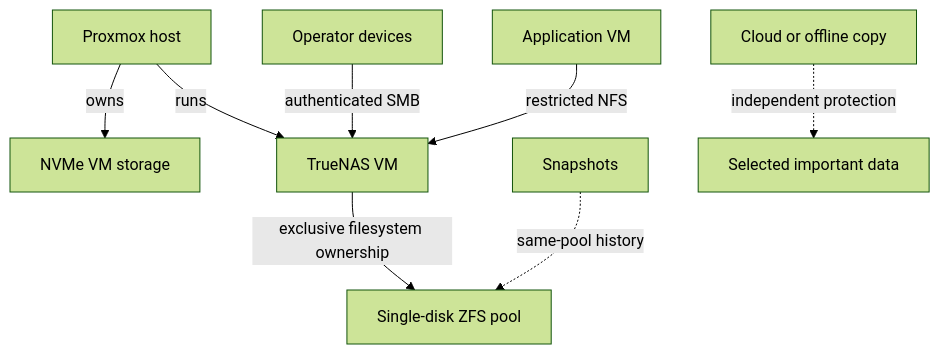
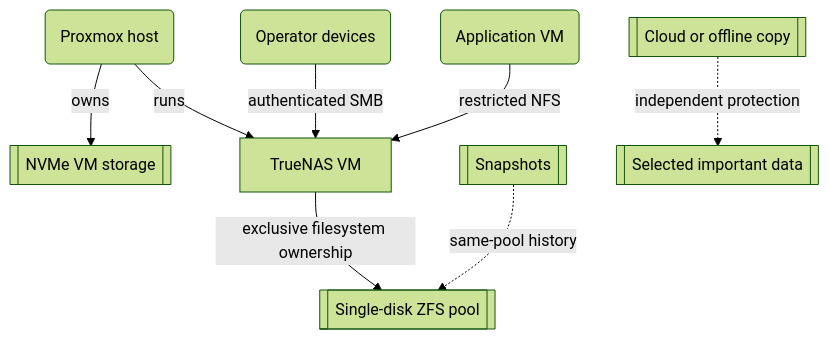
One commit to jnanic/jnanic.github.io changed the first of 3 diagrams in site/content/blog/building-my-homelab-part4.md. Above: the diagram before and after it, drawn with Mermaid (forest theme). The commit also changed other lines of this file and 3 other files, not shown here.

Commit message:
updated mermaind diagrams on rest of the blogs.

````diff
--- a/site/content/blog/building-my-homelab-part4.md
+++ b/site/content/blog/building-my-homelab-part4.md
@@ -38,15 +38,27 @@
 ```mermaid size=standard caption="Storage ownership and access boundaries"
 flowchart TB
     accTitle: Storage ownership and access boundaries
     accDescr: Proxmox owns NVMe virtual machine storage and runs TrueNAS. TrueNAS exclusively owns the single-disk ZFS pool, serves authenticated SMB to operator devices and restricted NFS to applications, while snapshots remain on the pool and independent backups protect selected data.
 
-    PVE["Proxmox host"] -->|"owns"| NVME["NVMe VM storage"]
-    PVE -->|"runs"| TN["TrueNAS VM"]
-    TN -->|"exclusive filesystem ownership"| ZFS["Single-disk ZFS pool"]
+    PVE("Proxmox host")
+    NVME[["NVMe VM storage"]]
+    TN["TrueNAS VM"]
+    ZFS[["Single-disk ZFS pool"]]
+    OP("Operator devices")
+    APP("Application VM")
+    SNAP[["Snapshots"]]
+    BACKUP[["Cloud or offline copy"]]
+    IMPORTANT[["Selected important data"]]
 
-    OP["Operator devices"] -->|"authenticated SMB"| TN
-    APP["Application VM"] -->|"restricted NFS"| TN
+    PVE -->|"owns"| NVME
+    PVE -->|"runs"| TN
+    TN -->|"exclusive filesystem ownership"| ZFS
+    OP -->|"authenticated SMB"| TN
+    APP -->|"restricted NFS"| TN
+    SNAP -. "same-pool history" .-> ZFS
+    BACKUP -. "independent protection" .-> IMPORTANT
 
-    SNAP["Snapshots"] -. "same-pool history" .-> ZFS
-    BACKUP["Cloud or offline copy"] -. "independent protection" .-> IMPORTANT["Selected important data"]
+    class PVE,OP,APP source;
+    class TN process;
+    class NVME,ZFS,SNAP,BACKUP,IMPORTANT evidence;
 ```
````
